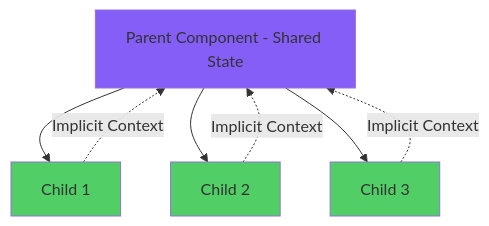
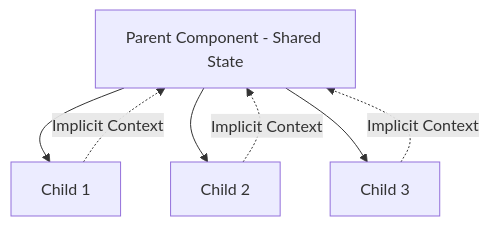
One commit to BabaScience/react-guides changed the tenth of 12 diagrams in arguments/chapters/03-component-patterns-best-practices.md. Above: the diagram before and after it, drawn with Mermaid. The commit also changed other lines of this file and 29 other files, not shown here.

First line of the commit message:
Bring React FR/IT translations to full English parity + theme-safe diagrams

````diff
--- a/arguments/chapters/03-component-patterns-best-practices.md
+++ b/arguments/chapters/03-component-patterns-best-practices.md
@@ -2020,15 +1994,11 @@
 ```mermaid
 graph TD
     A[Parent Component - Shared State] --> B[Child 1]
     A --> C[Child 2]
     A --> D[Child 3]
     
     B -.Implicit Context.-> A
     C -.Implicit Context.-> A
     D -.Implicit Context.-> A
     
-    style A fill:#845ef7
-    style B fill:#51cf66
-    style C fill:#51cf66
-    style D fill:#51cf66
 ```
````
